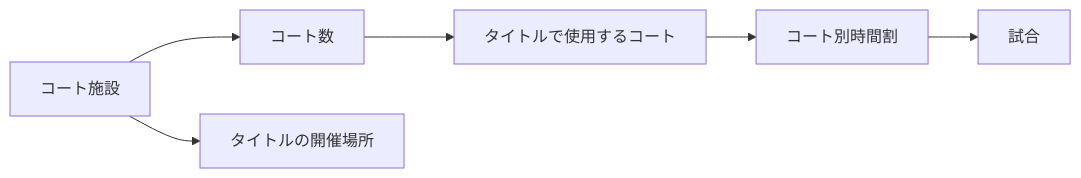
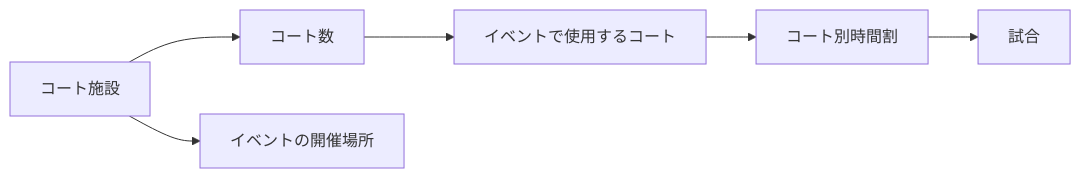
The tenth of 11 diagrams in docs/03_service-domain-plan.md (Miraisosha/S-NICK-Platform), drawn with Mermaid before and after one commit. The commit also changed other lines of this file and 33 other files, not shown here.

````diff
--- a/docs/03_service-domain-plan.md
+++ b/docs/03_service-domain-plan.md
@@ -730,8 +935,8 @@
 ```mermaid
 flowchart LR
     Facility["コート施設"] --> Count["コート数"]
-    Facility --> Title["タイトルの開催場所"]
-    Count --> UsedCourts["タイトルで使用するコート"]
+    Facility --> Event["イベントの開催場所"]
+    Count --> UsedCourts["イベントで使用するコート"]
     UsedCourts --> Schedule["コート別時間割"]
     Schedule --> Match["試合"]
 ```
````
